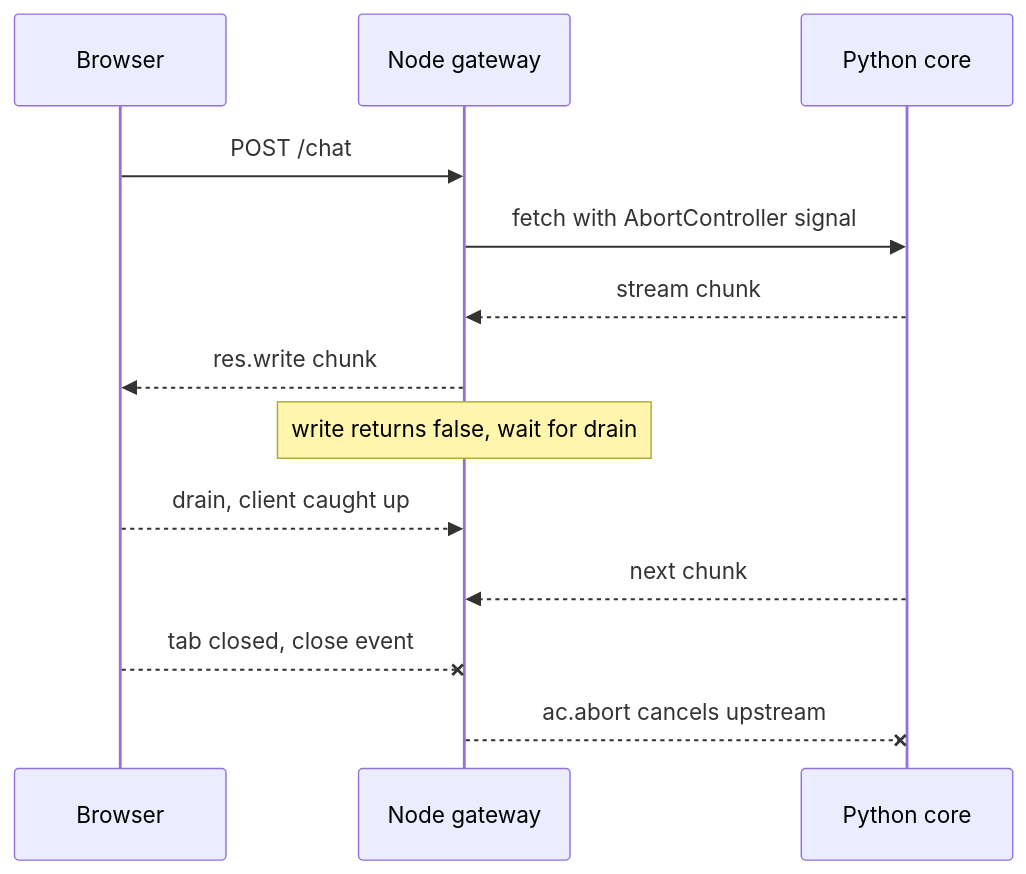
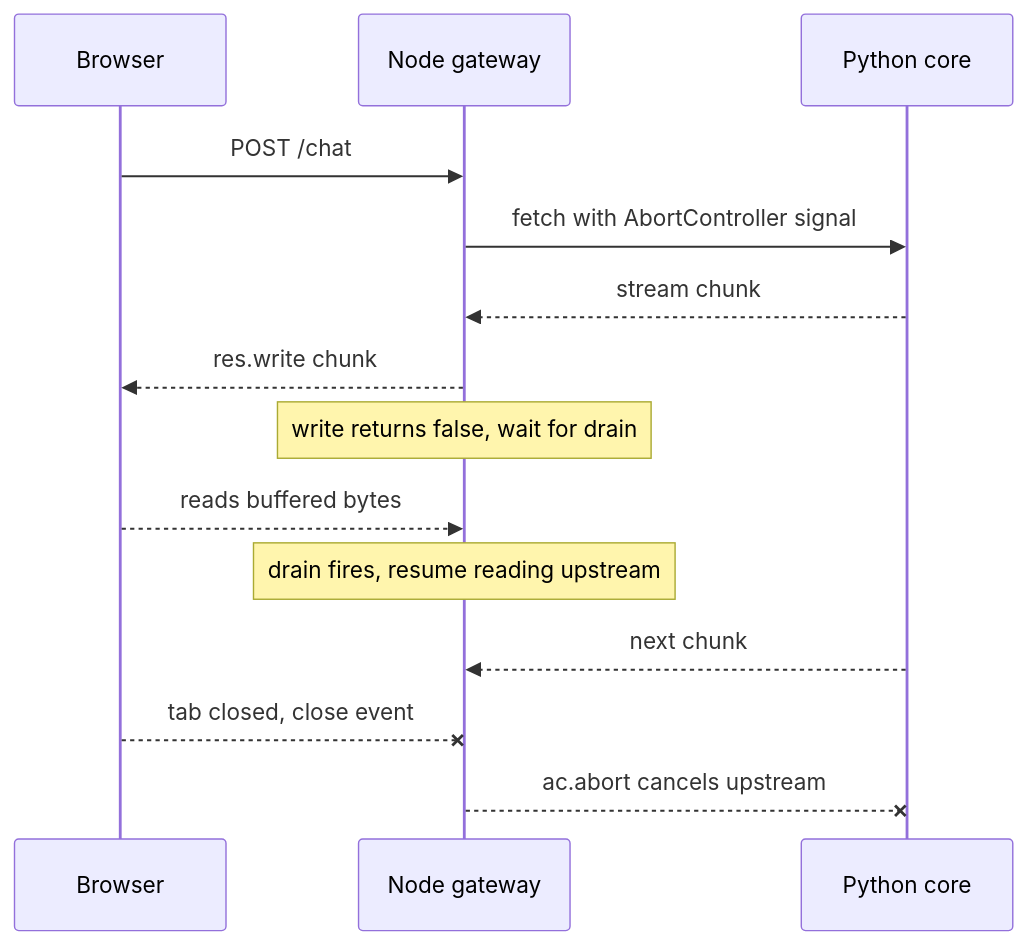
Before and after one commit to lovishmahajan97/agentic-learning: the diagram in content/backend-fundamentals/node-js-typescript.md, drawn with Mermaid. The commit also changed other lines of this file and 213 other files, not shown here.

````diff
--- a/content/backend-fundamentals/node-js-typescript.md
+++ b/content/backend-fundamentals/node-js-typescript.md
@@ -99,15 +99,16 @@
 ```mermaid
 sequenceDiagram
     participant B as Browser
     participant G as Node gateway
     participant P as Python core
     B->>G: POST /chat
     G->>P: fetch with AbortController signal
     P-->>G: stream chunk
     G-->>B: res.write chunk
     Note over G: write returns false, wait for drain
-    B-->>G: drain, client caught up
+    B-->>G: reads buffered bytes
+    Note over G: drain fires, resume reading upstream
     P-->>G: next chunk
     B--xG: tab closed, close event
     G--xP: ac.abort cancels upstream
 ```
````
